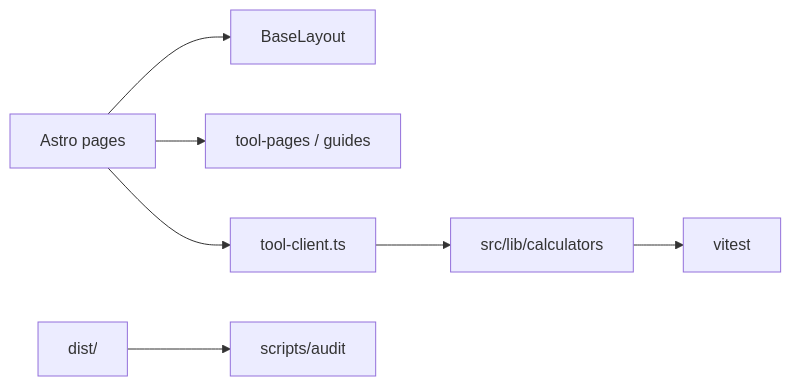
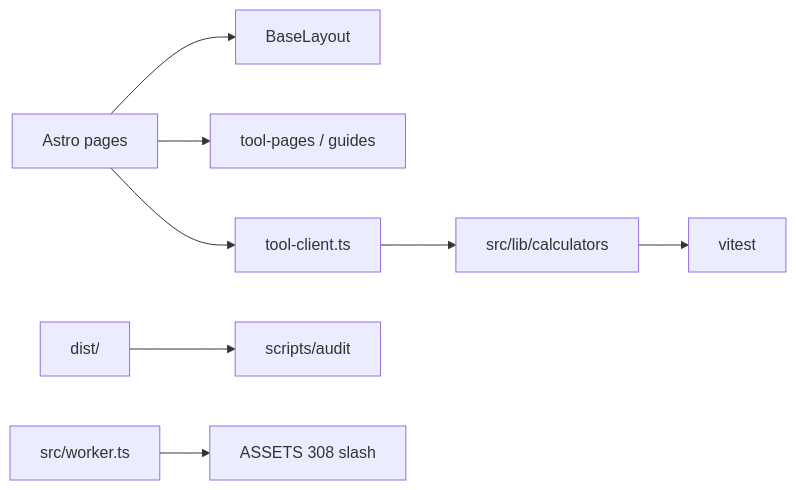
One commit to hammadiqbal6/fiber-arts-calculators changed the diagram in AGENTS.md. Above: the diagram before and after it, drawn with Mermaid. The commit also changed other lines of this file and 62 other files, not shown here.

````diff
--- a/AGENTS.md
+++ b/AGENTS.md
@@ -9,9 +11,10 @@
 ```mermaid
 flowchart LR
   pages[Astro pages] --> layout[BaseLayout]
   pages --> data[tool-pages / guides]
   pages --> client[tool-client.ts]
   client --> lib[src/lib/calculators]
   lib --> tests[vitest]
   dist[dist/] --> audit[scripts/audit]
+  worker[src/worker.ts] --> assets[ASSETS 308 slash]
 ```
````
